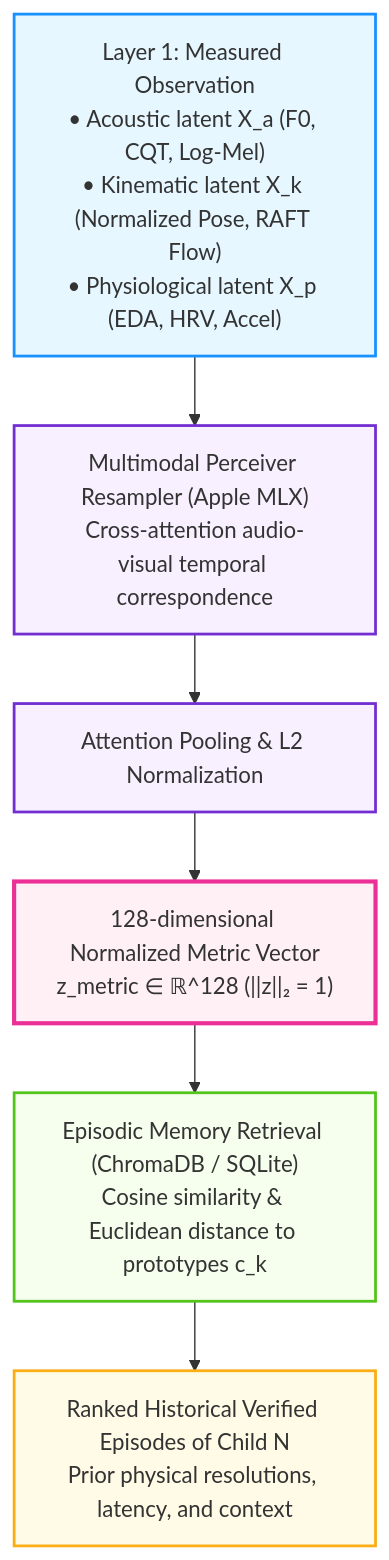
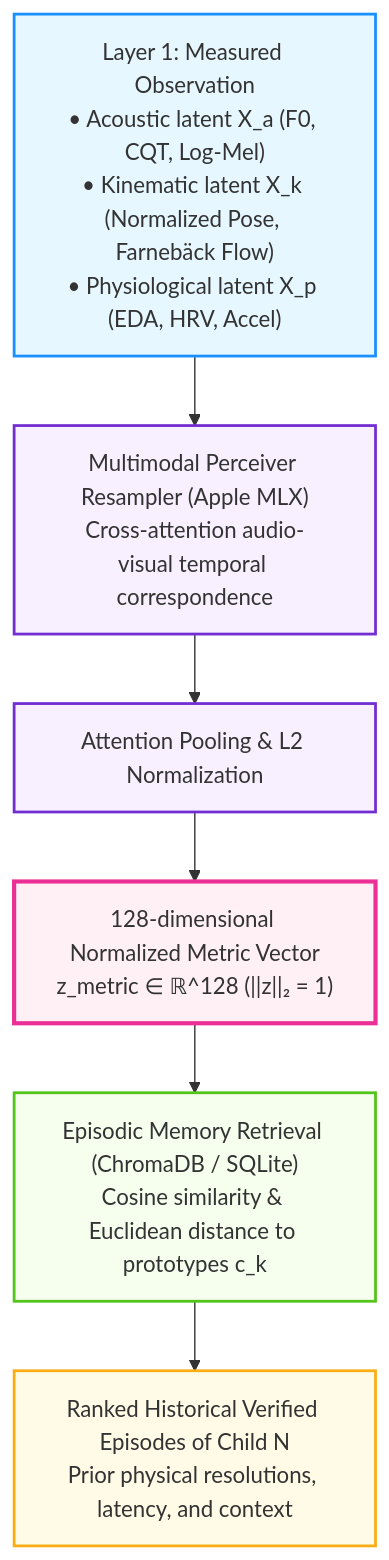
Before and after one commit to olostan/project_n: the fifth of 7 diagrams in DESIGN.md, drawn with Mermaid. The commit also changed other lines of this file and 10 other files, not shown here.

````diff
--- a/DESIGN.md
+++ b/DESIGN.md
@@ -173,17 +173,17 @@
 ```mermaid
 graph TD
-    L1["Layer 1: Measured Observation<br/>• Acoustic latent X_a (F0, CQT, Log-Mel)<br/>• Kinematic latent X_k (Normalized Pose, RAFT Flow)<br/>• Physiological latent X_p (EDA, HRV, Accel)"] --> Resampler["Multimodal Perceiver Resampler (Apple MLX)<br/>Cross-attention audio-visual temporal correspondence"]
+    L1["Layer 1: Measured Observation<br/>• Acoustic latent X_a (F0, CQT, Log-Mel)<br/>• Kinematic latent X_k (Normalized Pose, Farnebäck Flow)<br/>• Physiological latent X_p (EDA, HRV, Accel)"] --> Resampler["Multimodal Perceiver Resampler (Apple MLX)<br/>Cross-attention audio-visual temporal correspondence"]
 
     Resampler --> Pooling["Attention Pooling & L2 Normalization"]
     Pooling --> MetricVector["128-dimensional Normalized Metric Vector<br/>z_metric ∈ ℝ^128 (||z||₂ = 1)"]
 
     MetricVector --> MemoryStore["Episodic Memory Retrieval (ChromaDB / SQLite)<br/>Cosine similarity & Euclidean distance to prototypes c_k"]
     MemoryStore --> MatchedCandidates["Ranked Historical Verified Episodes of Child N<br/>Prior physical resolutions, latency, and context"]
 
     style L1 fill:#e6f7ff,stroke:#1890ff,stroke-width:2px
     style Resampler fill:#f9f0ff,stroke:#722ed1,stroke-width:2px
     style Pooling fill:#f9f0ff,stroke:#722ed1,stroke-width:2px
     style MetricVector fill:#fff0f6,stroke:#eb2f96,stroke-width:3px
     style MemoryStore fill:#f6ffed,stroke:#52c41a,stroke-width:2px
     style MatchedCandidates fill:#fffbe6,stroke:#faad14,stroke-width:2px
 ```
````
